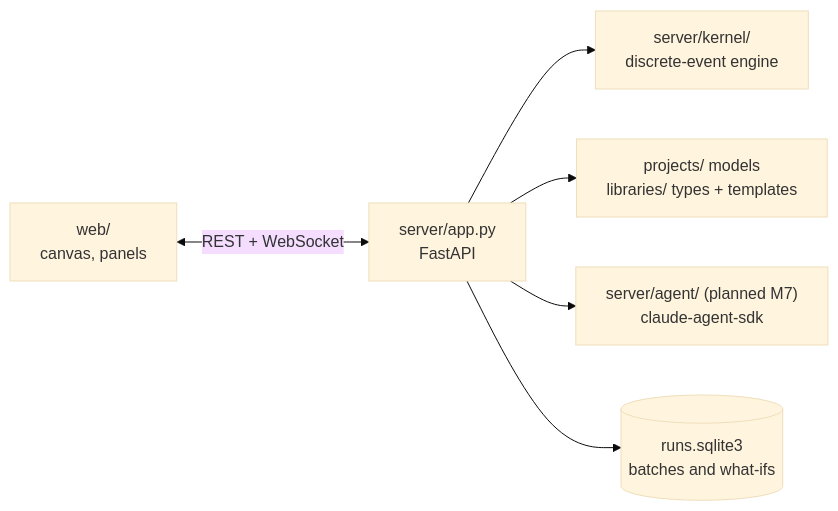
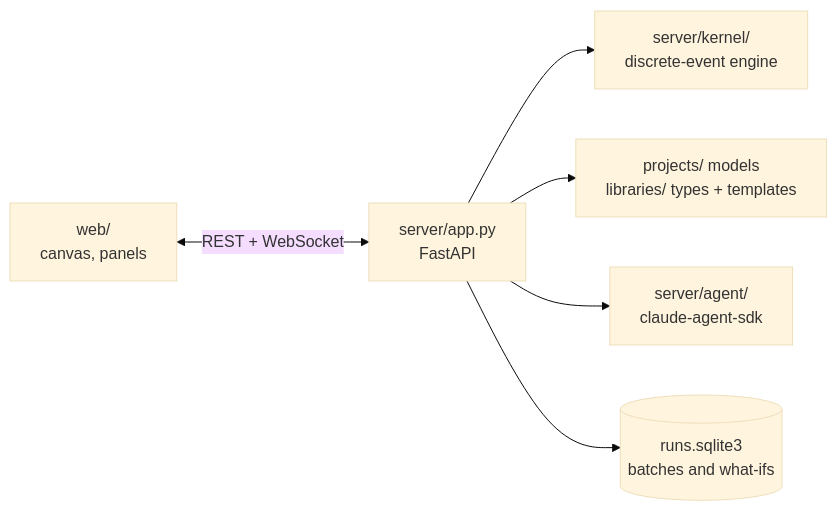
The diagram in cards/architecture.md (epatel/sim-bench), drawn with Mermaid (base theme) before and after one commit. The commit also changed other lines of this file and 17 other files, not shown here.

First line of the commit message:
Add M7: in-app agent on the Claude Agent SDK

````diff
--- a/cards/architecture.md
+++ b/cards/architecture.md
@@ -7,8 +7,8 @@
 ```mermaid
 flowchart LR
   Web["web/<br/>canvas, panels"] <-- REST + WebSocket --> API["server/app.py<br/>FastAPI"]
   API --> Kernel["server/kernel/<br/>discrete-event engine"]
   API --> Store["projects/ models<br/>libraries/ types + templates"]
-  API --> Agent["server/agent/ (planned M7)<br/>claude-agent-sdk"]
+  API --> Agent["server/agent/<br/>claude-agent-sdk"]
   API --> DB[("runs.sqlite3<br/>batches and what-ifs")]
 ```
````
